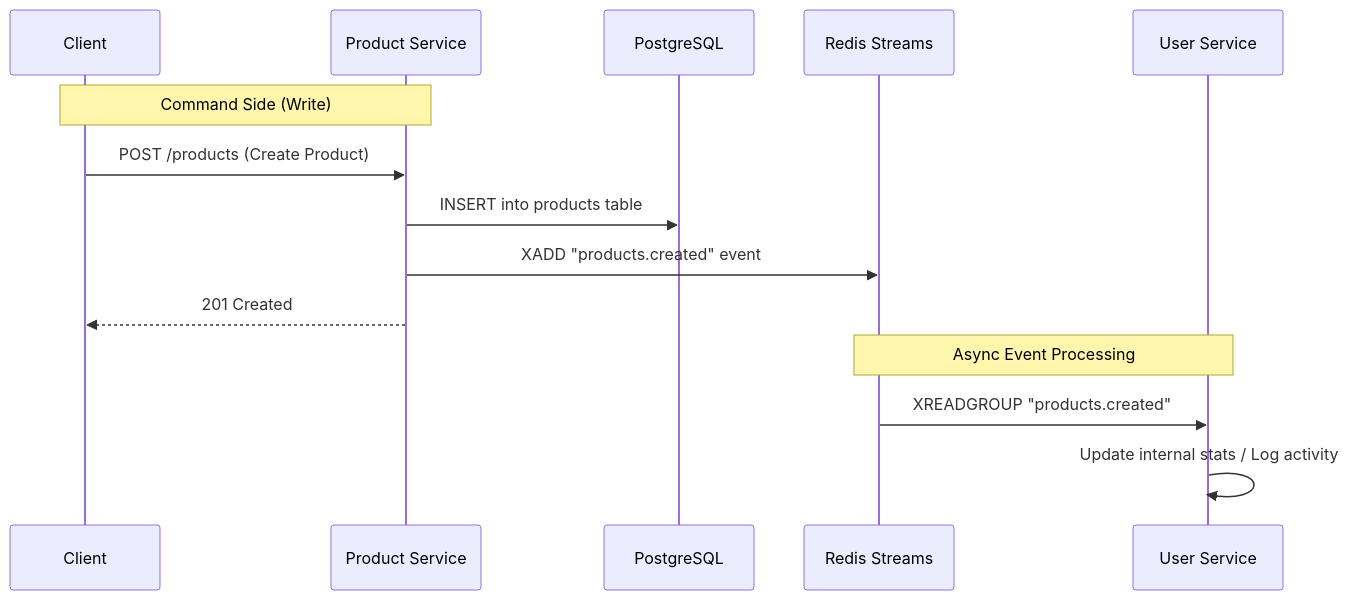
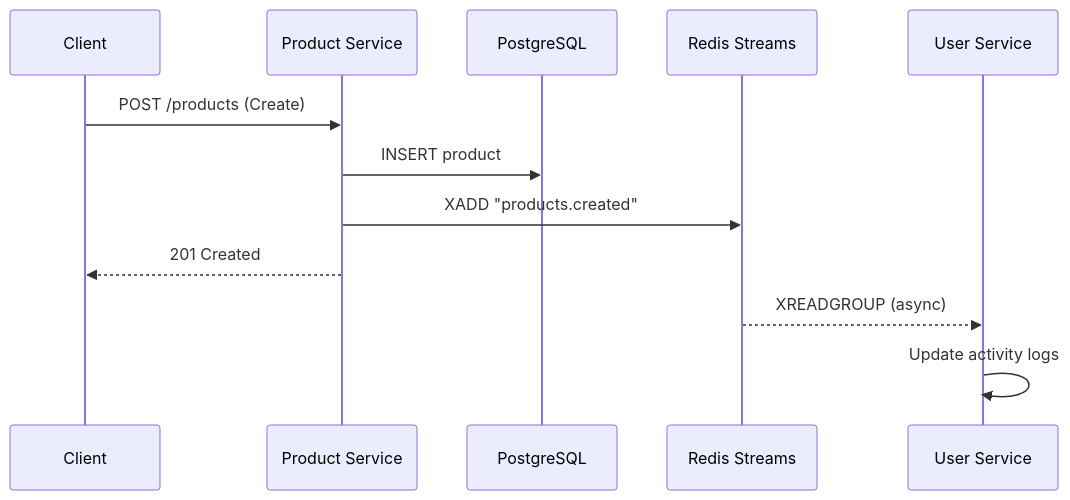
One commit to aldoignatachandra/Bun-Hono-Redis-Boilerplate changed the diagram in README.md. Above: the diagram before and after it, drawn with Mermaid. The commit also changed other lines of this file and 3 other files, not shown here.

````diff
--- a/README.md
+++ b/README.md
@@ -87,18 +79,16 @@
 ```mermaid
 sequenceDiagram
-  participant C as Client
-  participant P as Product Service
-  participant D as PostgreSQL
-  participant K as Redis Streams
-  participant U as User Service
+    participant C as Client
+    participant P as Product Service
+    participant DB as PostgreSQL
+    participant R as Redis Streams
+    participant U as User Service
 
-  Note over C,P: Command Side (Write)
-  C->>P: POST /products (Create Product)
-  P->>D: INSERT into products table
-  P->>K: XADD "products.created" event
-  P-->>C: 201 Created
+    C->>P: POST /products (Create)
+    P->>DB: INSERT product
+    P->>R: XADD "products.created"
+    P-->>C: 201 Created
 
-  Note over K,U: Async Event Processing
-  K->>U: XREADGROUP "products.created"
-  U->>U: Update internal stats / Log activity
+    R-->>U: XREADGROUP (async)
+    U->>U: Update activity logs
 ```
````
